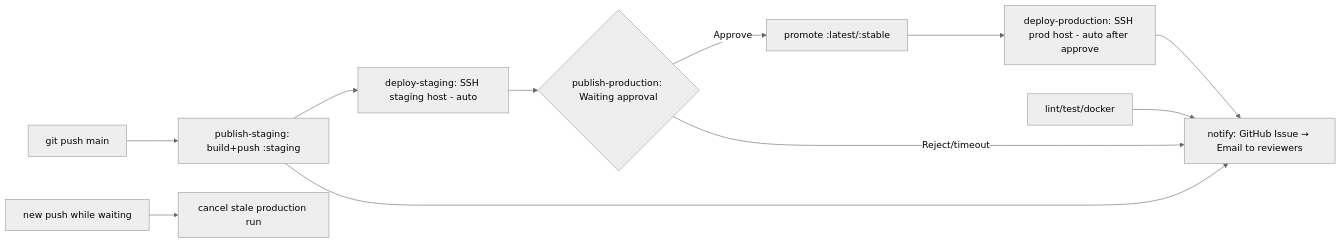
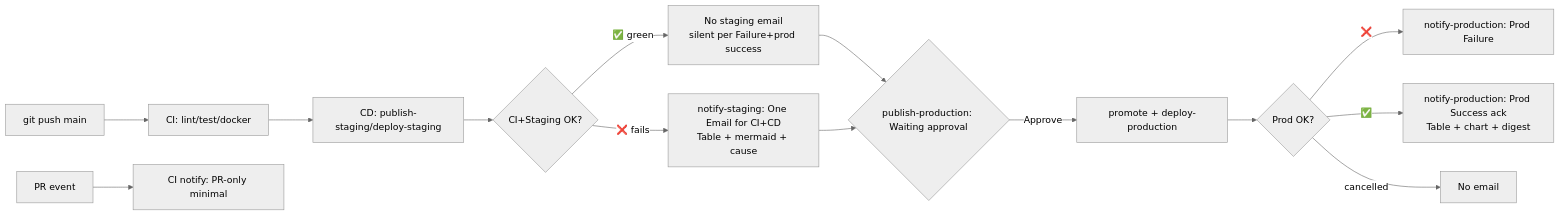
One commit to ibrahim-samir-makkook-ai/CI-CD-Pipeline changed the diagram in SETUP_STEPS.md. Above: the diagram before and after it, drawn with Mermaid (neutral theme). The commit also changed other lines of this file and 2 other files, not shown here.

````diff
--- a/SETUP_STEPS.md
+++ b/SETUP_STEPS.md
@@ -8,13 +8,16 @@
 ```mermaid
 flowchart LR
-  A[git push main] --> B[publish-staging: build+push :staging]
-  B --> C[deploy-staging: SSH staging host - auto]
-  C --> D{publish-production: Waiting approval}
-  D -->|Approve| E[promote :latest/:stable]
-  E --> F[deploy-production: SSH prod host - auto after approve]
-  F --> G[notify: GitHub Issue → Email to reviewers]
-  B --> G
-  D -->|Reject/timeout| G
-  A2[new push while waiting] --> H[cancel stale production run]
-  I[lint/test/docker] --> G
+  A[git push main] --> B[CI: lint/test/docker]
+  B --> C[CD: publish-staging/deploy-staging]
+  C --> D{CI+Staging OK?}
+  D -->|❌ fails| E[notify-staging: One Email for CI+CD<br/>Table + mermaid + cause]
+  D -->|✅ green| F[No staging email<br/>silent per Failure+prod success]
+  F --> G{publish-production: Waiting approval}
+  E --> G
+  G -->|Approve| H[promote + deploy-production]
+  H --> I{Prod OK?}
+  I -->|❌| J[notify-production: Prod Failure]
+  I -->|✅| K[notify-production: Prod Success ack<br/>Table + chart + digest]
+  I -->|cancelled| L[No email]
+  M[PR event] --> N[CI notify: PR-only minimal]
 ```
````
